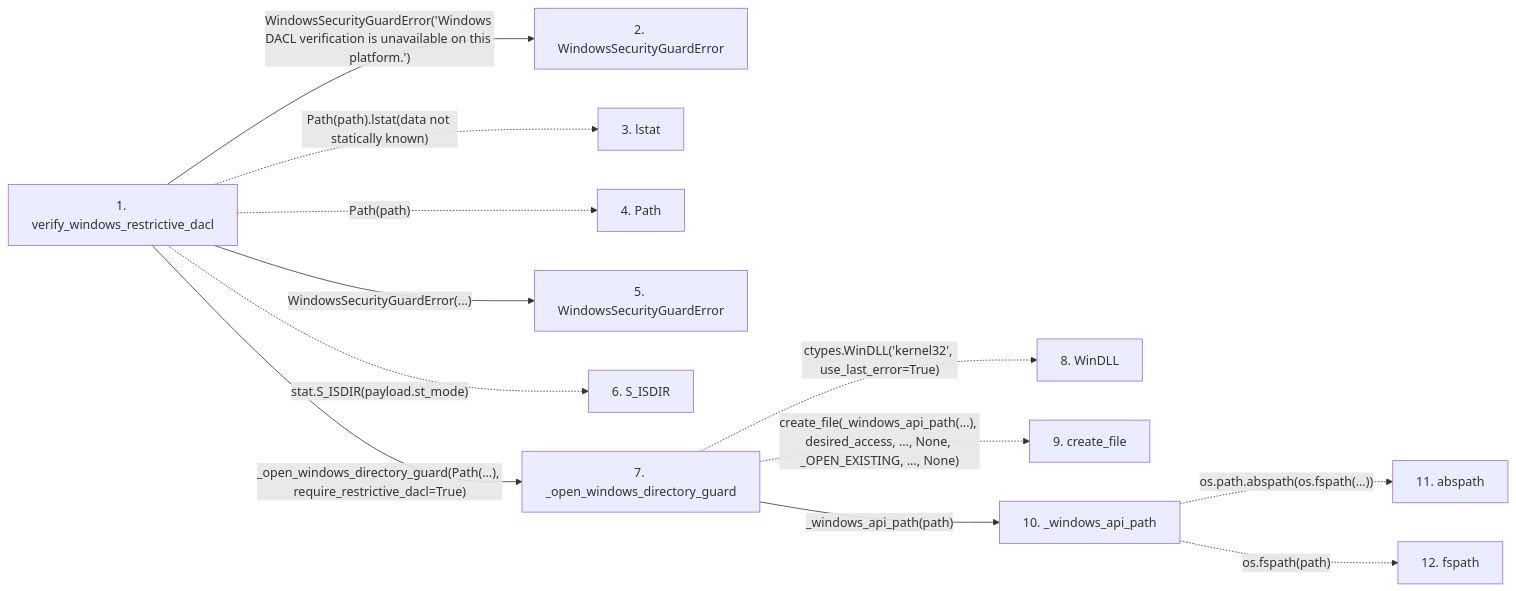
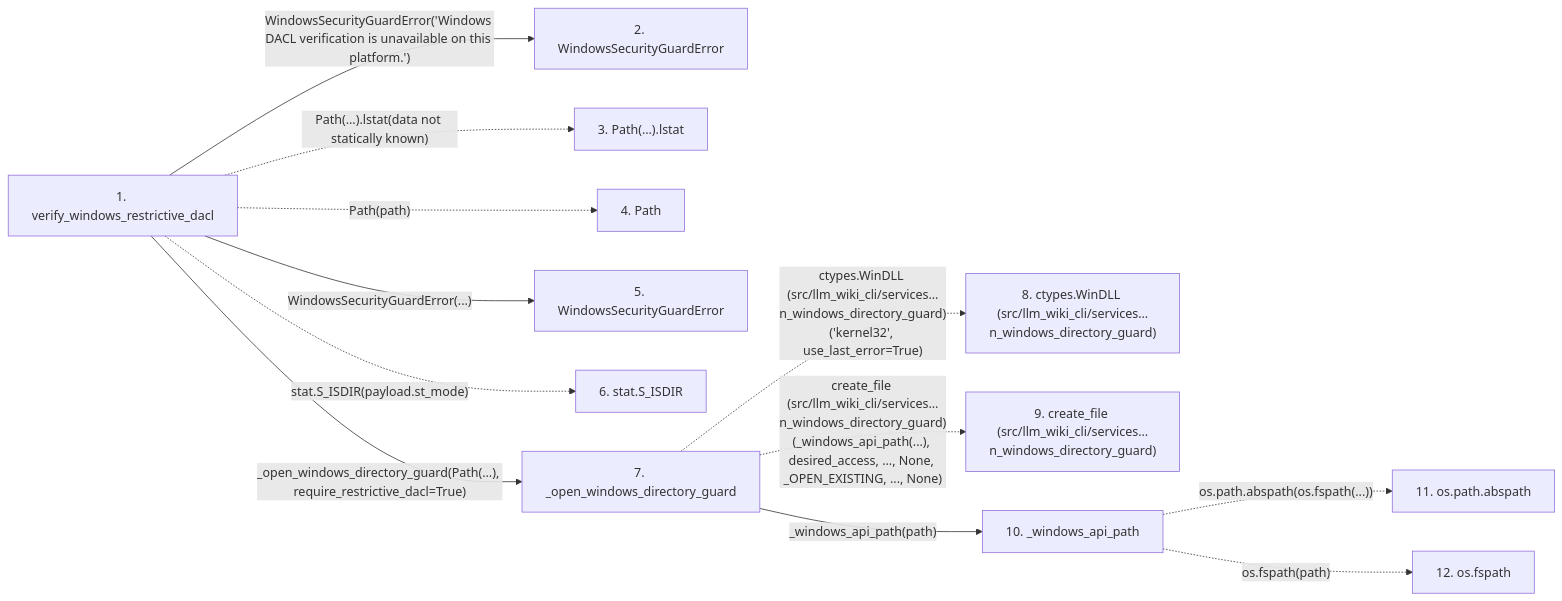
One commit to Denissvgn/python-wiki-llm changed the second of 2 diagrams in docs/llm_wiki/flows/api-verify_windows_restrictive_dacl.md. Above: the diagram before and after it, drawn with Mermaid. The commit also changed other lines of this file and 719 other files, not shown here.

````diff
--- a/docs/llm_wiki/flows/api-verify_windows_restrictive_dacl.md
+++ b/docs/llm_wiki/flows/api-verify_windows_restrictive_dacl.md
@@ -72,31 +74,31 @@
 ```mermaid
 flowchart LR
     s1["1. verify_windows_restrictive_dacl"]
     s2["2. WindowsSecurityGuardError"]
-    s3["3. lstat"]
+    s3["3. Path(…).lstat"]
     s4["4. Path"]
     s5["5. WindowsSecurityGuardError"]
-    s6["6. S_ISDIR"]
+    s6["6. stat.S_ISDIR"]
     s7["7. _open_windows_directory_guard"]
-    s8["8. WinDLL"]
-    s9["9. create_file"]
+    s8["8. ctypes.WinDLL (src/llm_wiki_cli/services…n_windows_directory_guard)"]
+    s9["9. create_file (src/llm_wiki_cli/services…n_windows_directory_guard)"]
     s10["10. _windows_api_path"]
-    s11["11. abspath"]
-    s12["12. fspath"]
+    s11["11. os.path.abspath"]
+    s12["12. os.fspath"]
     s1 -->|"WindowsSecurityGuardError('Windows DACL verification is unavailable on this platform.')"| s2
-    s1 -. "Path(path).lstat(data not statically known)" .-> s3
+    s1 -. "Path(…).lstat(data not statically known)" .-> s3
     s1 -. "Path(path)" .-> s4
     s1 -->|"WindowsSecurityGuardError(...)"| s5
     s1 -. "stat.S_ISDIR(payload.st_mode)" .-> s6
     s1 -->|"_open_windows_directory_guard(Path(...), require_restrictive_dacl=True)"| s7
-    s7 -. "ctypes.WinDLL('kernel32', use_last_error=True)" .-> s8
-    s7 -. "create_file(_windows_api_path(...), desired_access, ..., None, _OPEN_EXISTING, ..., None)" .-> s9
+    s7 -. "ctypes.WinDLL (src/llm_wiki_cli/services…n_windows_directory_guard)('kernel32', use_last_error=True)" .-> s8
+    s7 -. "create_file (src/llm_wiki_cli/services…n_windows_directory_guard)(_windows_api_path(...), desired_access, ..., None, _OPEN_EXISTING, ..., None)" .-> s9
     s7 -->|"_windows_api_path(path)"| s10
     s10 -. "os.path.abspath(os.fspath(...))" .-> s11
     s10 -. "os.fspath(path)" .-> s12
     click s1 "../modules/filesystem_guard.md"
     click s2 "../modules/filesystem_guard.md"
     click s5 "../modules/filesystem_guard.md"
     click s7 "../modules/filesystem_guard.md"
     click s10 "../modules/filesystem_guard.md"
 ```
````
